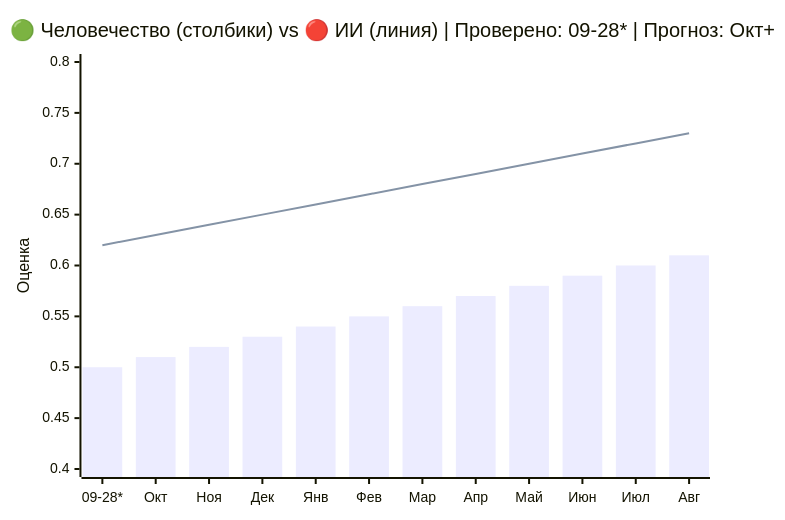
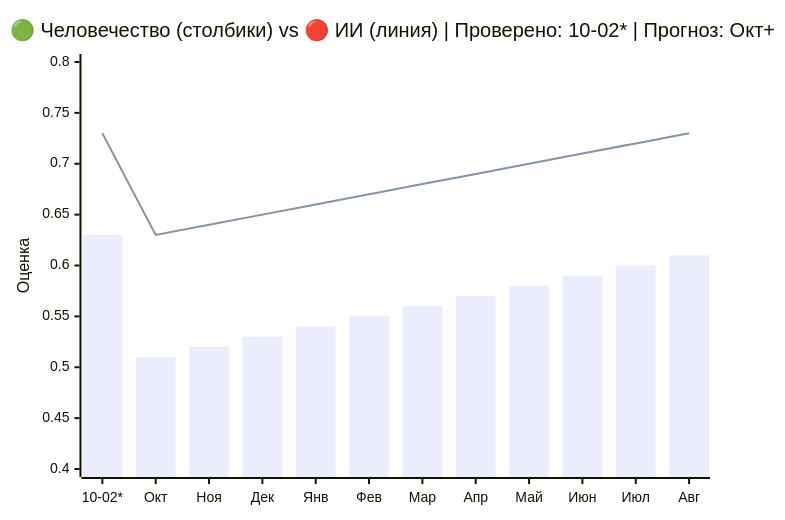
The first of 2 diagrams in README.ru.md (VQQLK/Human-AI-Monitor), drawn with Mermaid before and after one commit. The commit also changed other lines of this file and 4 other files, not shown here.

````diff
--- a/README.ru.md
+++ b/README.ru.md
@@ -32,8 +32,8 @@
 ```mermaid
 xychart-beta
-    title "🟢 Человечество (столбики) vs 🔴 ИИ (линия) | Проверено: 09-28* | Прогноз: Окт+"
-    x-axis ["09-28*", "Окт", "Ноя", "Дек", "Янв", "Фев", "Мар", "Апр", "Май", "Июн", "Июл", "Авг"]
+    title "🟢 Человечество (столбики) vs 🔴 ИИ (линия) | Проверено: 10-02* | Прогноз: Окт+"
+    x-axis ["10-02*", "Окт", "Ноя", "Дек", "Янв", "Фев", "Мар", "Апр", "Май", "Июн", "Июл", "Авг"]
     y-axis "Оценка" 0.40 --> 0.80
-    bar [0.50, 0.51, 0.52, 0.53, 0.54, 0.55, 0.56, 0.57, 0.58, 0.59, 0.60, 0.61]
-    line [0.62, 0.63, 0.64, 0.65, 0.66, 0.67, 0.68, 0.69, 0.70, 0.71, 0.72, 0.73]
+    bar [0.63, 0.51, 0.52, 0.53, 0.54, 0.55, 0.56, 0.57, 0.58, 0.59, 0.60, 0.61]
+    line [0.73, 0.63, 0.64, 0.65, 0.66, 0.67, 0.68, 0.69, 0.70, 0.71, 0.72, 0.73]
 ```
````
